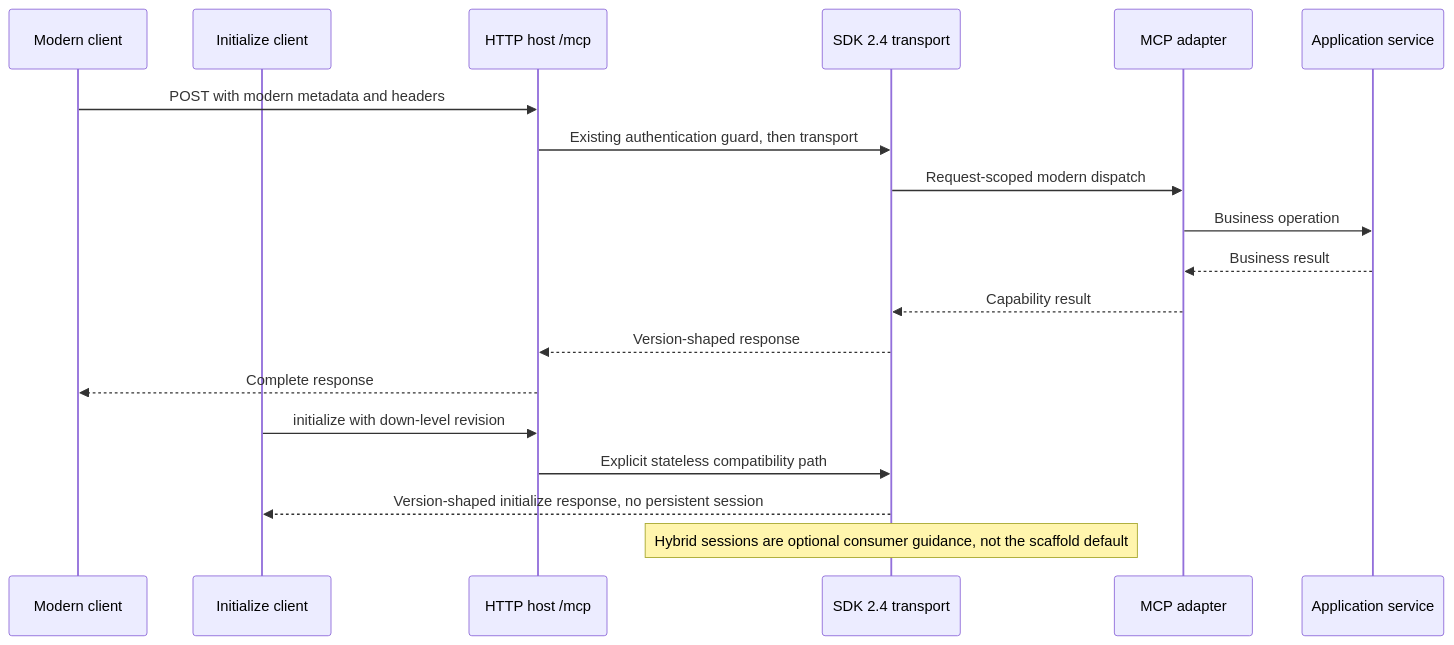
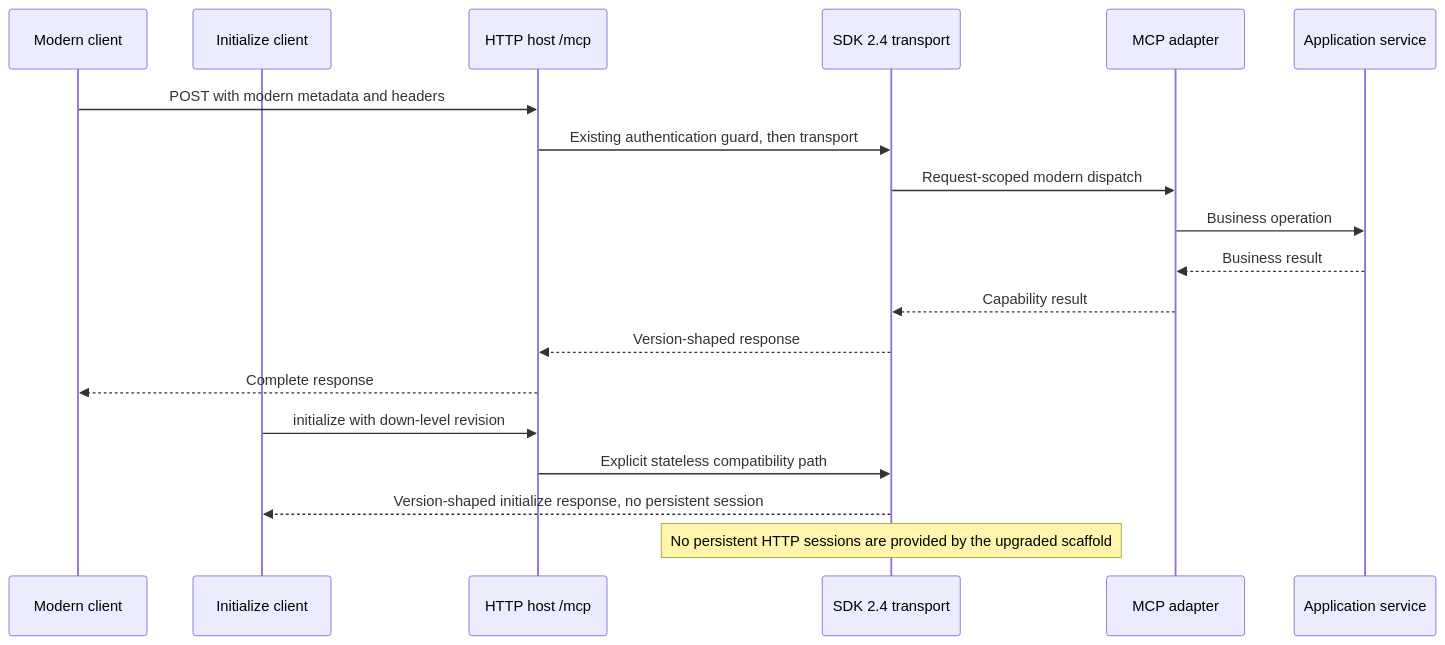
One commit to estebanjosse/mcp-server-template changed the diagram in openspec/changes/upgrade-mcp-2026-07-28/design.md. Above: the diagram before and after it, drawn with Mermaid. The commit also changed other lines of this file and 7 other files, not shown here.

Commit message:
spec: exclude hybrid HTTP compatibility from migration

````diff
--- a/openspec/changes/upgrade-mcp-2026-07-28/design.md
+++ b/openspec/changes/upgrade-mcp-2026-07-28/design.md
@@ -64,21 +64,21 @@
 ```mermaid
 sequenceDiagram
     participant Modern as Modern client
     participant Legacy as Initialize client
     participant Host as HTTP host /mcp
     participant SDK as SDK 2.4 transport
     participant Adapter as MCP adapter
     participant App as Application service
     Modern->>Host: POST with modern metadata and headers
     Host->>SDK: Existing authentication guard, then transport
     SDK->>Adapter: Request-scoped modern dispatch
     Adapter->>App: Business operation
     App-->>Adapter: Business result
     Adapter-->>SDK: Capability result
     SDK-->>Host: Version-shaped response
     Host-->>Modern: Complete response
     Legacy->>Host: initialize with down-level revision
     Host->>SDK: Explicit stateless compatibility path
     SDK-->>Legacy: Version-shaped initialize response, no persistent session
-    Note over SDK: Hybrid sessions are optional consumer guidance, not the scaffold default
+    Note over SDK: No persistent HTTP sessions are provided by the upgraded scaffold
 ```
````
